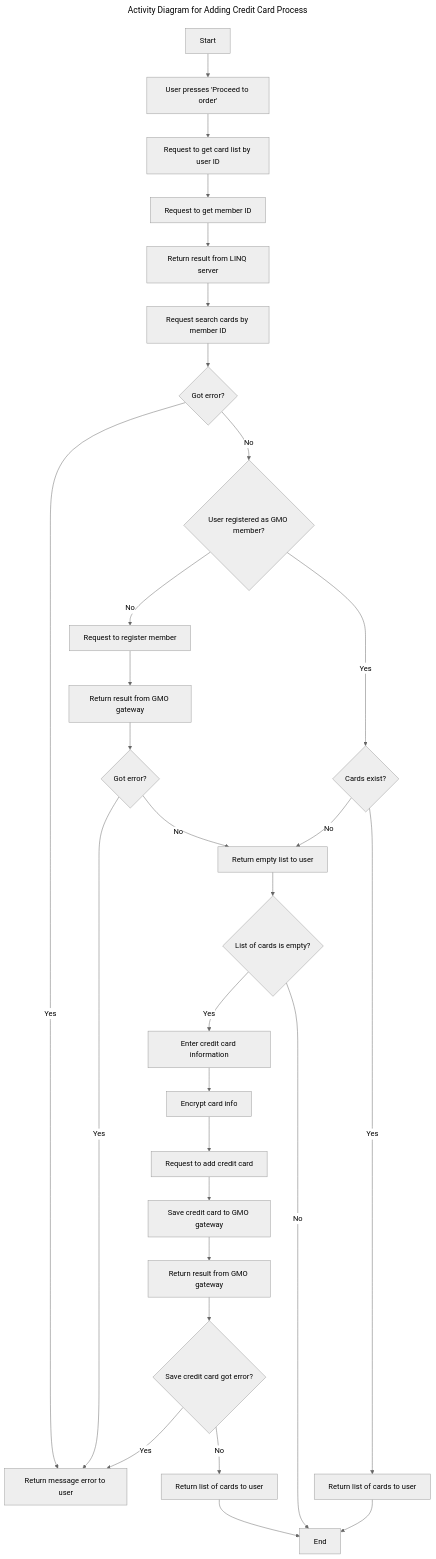
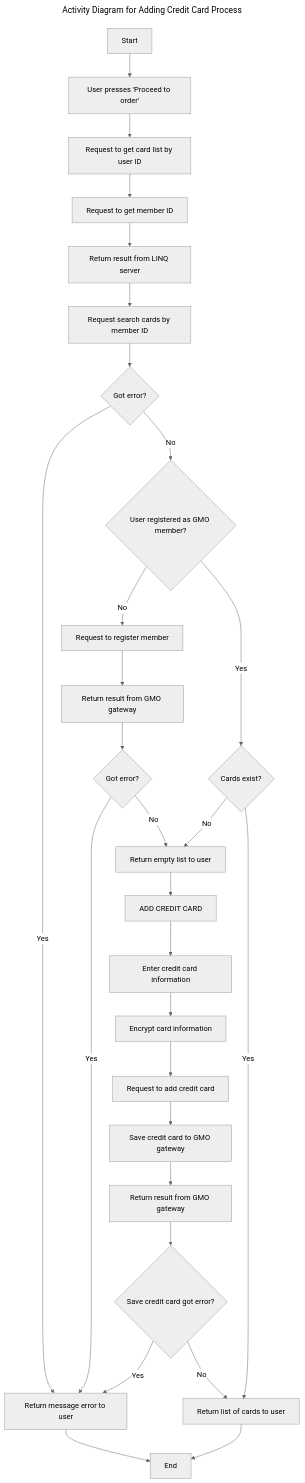
The fourth of 4 diagrams in README.md (vutran260/Ecommerce-API), drawn with Mermaid (neutral theme) before and after one commit.

Commit message:
update credit card flow

````diff
--- a/README.md
+++ b/README.md
@@ -735,35 +735,34 @@
 ```mermaid
 ---
 title: Activity Diagram for Adding Credit Card Process
 ---
 graph TD
     A[Start] --> B[User presses 'Proceed to order']
     B --> C[Request to get card list by user ID]
     C --> D[Request to get member ID]
     D --> E[Return result from LINQ server]
     E --> F[Request search cards by member ID]
     F --> G{Got error?}
     G -- Yes --> H[Return message error to user]
     G -- No --> I{User registered as GMO member?}
     I -- No --> J[Request to register member]
     J --> K[Return result from GMO gateway]
     K --> L{Got error?}
     L -- Yes --> H
     L -- No --> M[Return empty list to user]
     I -- Yes --> N{Cards exist?}
     N -- No --> M
     N -- Yes --> O[Return list of cards to user]
-    M --> P{List of cards is empty?}
+    M --> P[ ADD CREDIT CARD ]
     O --> X
-    P -- Yes --> Q[Enter credit card information]
-    Q --> R[Encrypt card info]
+    P --> Q[Enter credit card information]
+    Q --> R[Encrypt card information]
     R --> S[Request to add credit card]
     S --> T[Save credit card to GMO gateway]
     T --> U[Return result from GMO gateway]
     U --> V{Save credit card got error?}
     V -- Yes --> H
-    V -- No --> W[Return list of cards to user]
-    W --> X[End]
-    P -- No --> X
+    V -- No --> O
+    H-->X[End]
 
 ```
````
